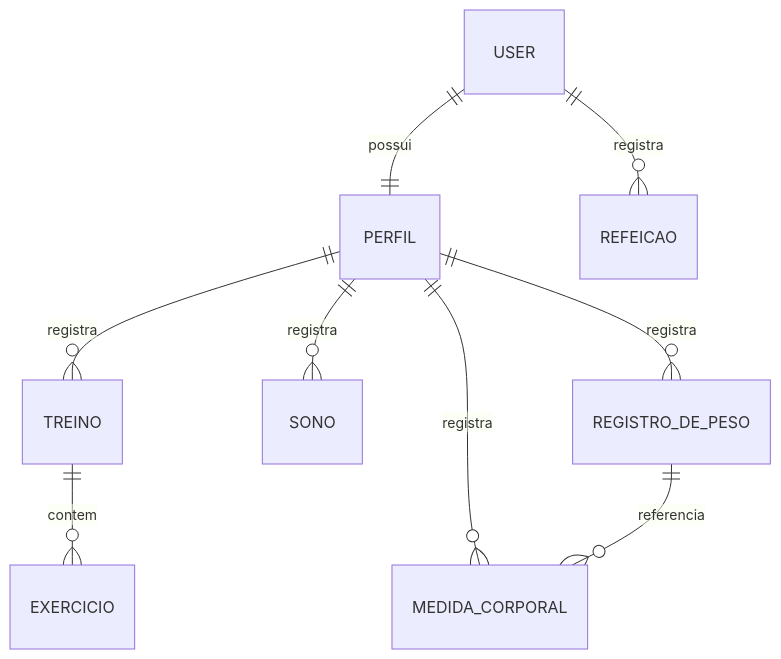
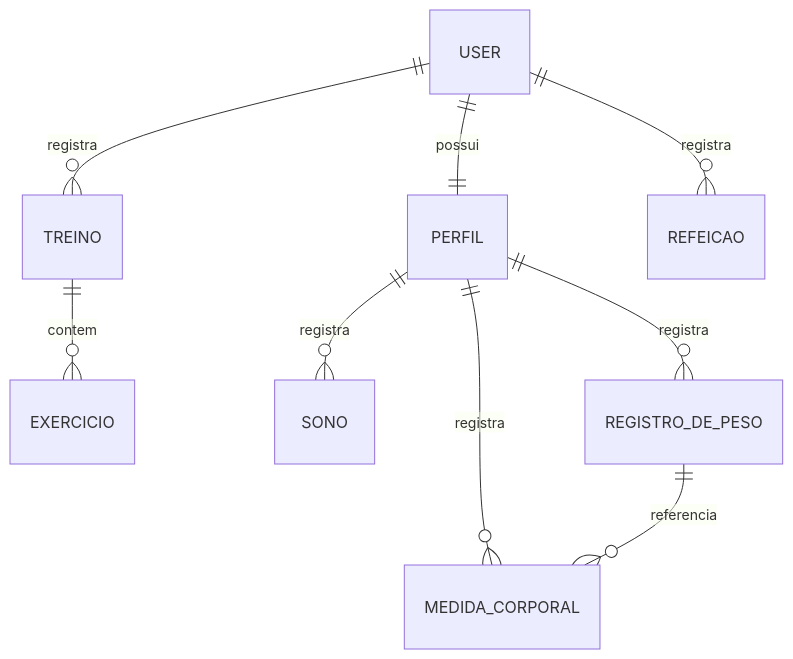
The diagram in docs/domain-model.md (licciardicarol/Pulse-Projeto), drawn with Mermaid before and after one commit. The commit also changed other lines of this file and 26 other files, not shown here.

````diff
--- a/docs/domain-model.md
+++ b/docs/domain-model.md
@@ -227,11 +241,11 @@
 ```mermaid
 erDiagram
     USER ||--|| PERFIL : possui
-    PERFIL ||--o{ TREINO : registra
+    USER ||--o{ TREINO : registra
     TREINO ||--o{ EXERCICIO : contem
     PERFIL ||--o{ SONO : registra
     USER ||--o{ REFEICAO : registra
     PERFIL ||--o{ REGISTRO_DE_PESO : registra
     PERFIL ||--o{ MEDIDA_CORPORAL : registra
     REGISTRO_DE_PESO ||--o{ MEDIDA_CORPORAL : referencia
 ```
````
